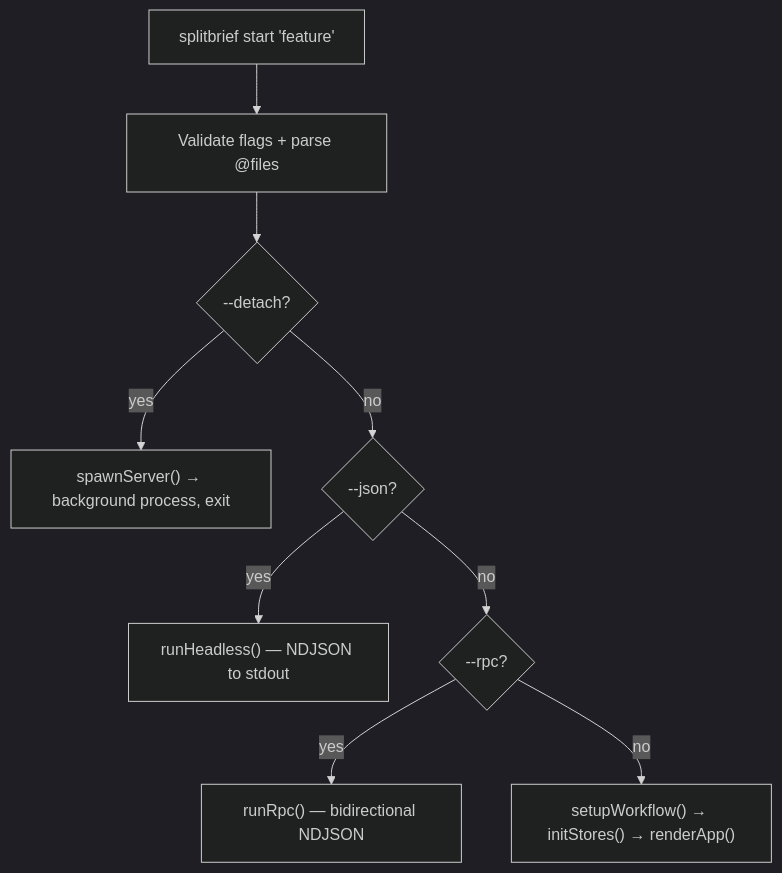
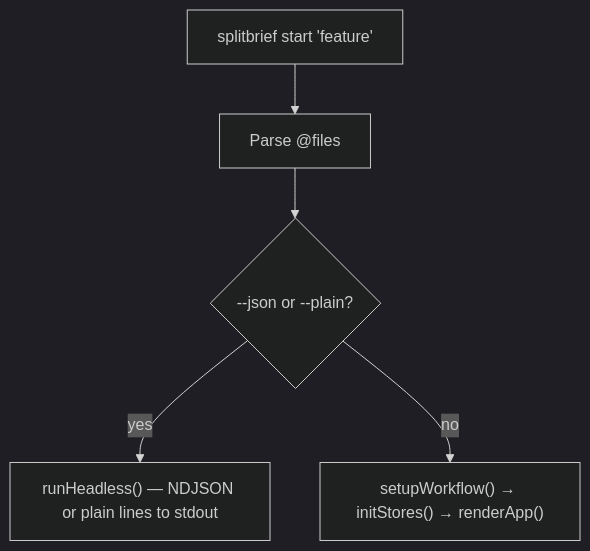
Before and after one commit to b4r7x/splitbrief: the first of 2 diagrams in docs/HOW-IT-WORKS.md, drawn with Mermaid (dark theme). The commit also changed other lines of this file and 1081 other files, not shown here.

Commit message:
cut brief recovery, ipc, rpc and the rest of the dead weight; add review, --plain and seat swap

````diff
--- a/docs/HOW-IT-WORKS.md
+++ b/docs/HOW-IT-WORKS.md
@@ -13,11 +13,7 @@
 ```mermaid
 graph TD
-    CLI["splitbrief start 'feature'"] --> Validate[Validate flags + parse @files]
-    Validate --> Detach{"--detach?"}
-    Detach -->|yes| SpawnServer["spawnServer() → background process, exit"]
-    Detach -->|no| JSON{"--json?"}
-    JSON -->|yes| Headless["runHeadless() — NDJSON to stdout"]
-    JSON -->|no| RPC{"--rpc?"}
-    RPC -->|yes| RPCRun["runRpc() — bidirectional NDJSON"]
-    RPC -->|no| Interactive["setupWorkflow() → initStores() → renderApp()"]
+    CLI["splitbrief start 'feature'"] --> Validate[Parse @files]
+    Validate --> JSON{"--json or --plain?"}
+    JSON -->|yes| Headless["runHeadless() — NDJSON or plain lines to stdout"]
+    JSON -->|no| Interactive["setupWorkflow() → initStores() → renderApp()"]
 ```
````
